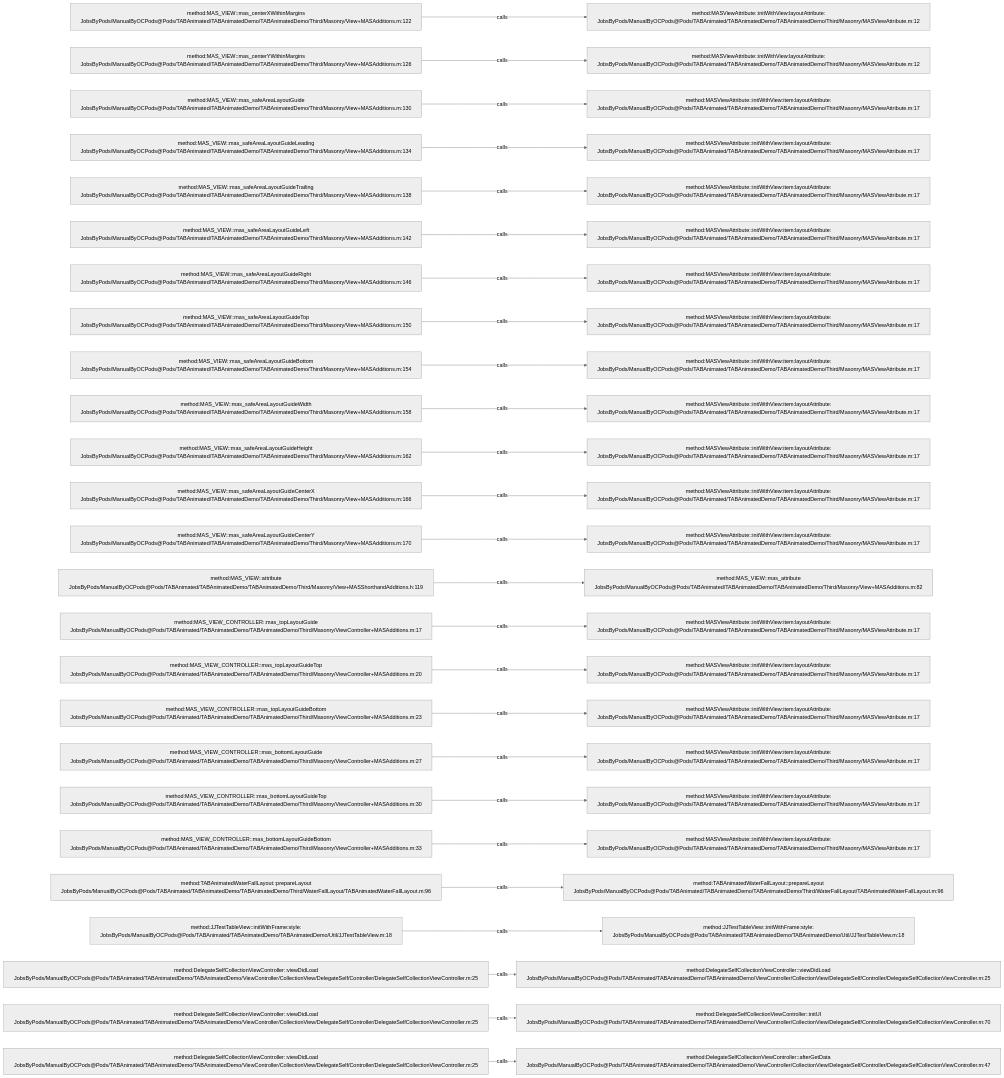
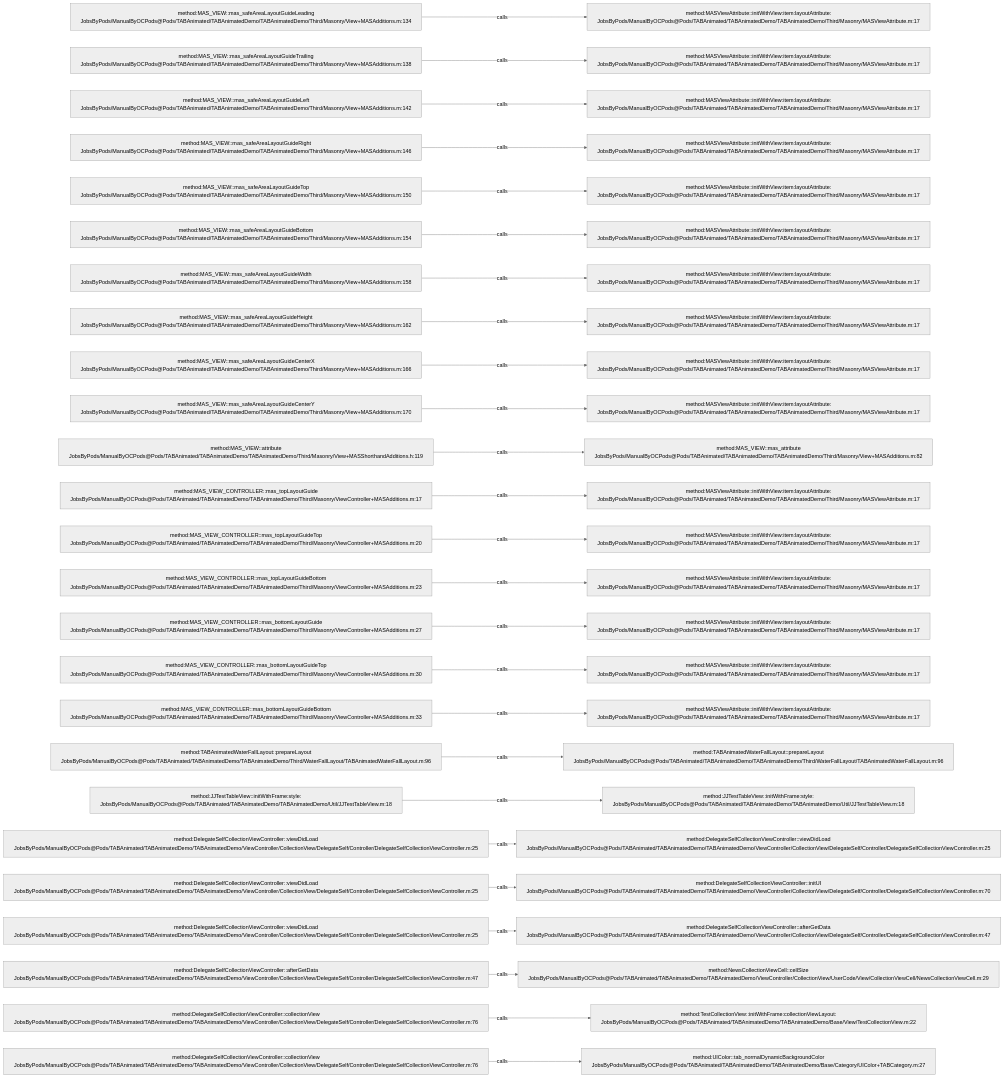
Before and after one commit to JobsKits/JobsOCBaseConfigDemo: the diagram in .codegraph/codegraph.md/graphs/calls-049.md, drawn with Mermaid (neutral theme). The commit also changed 342 other files, not shown here.

````diff
--- a/.codegraph/codegraph.md/graphs/calls-049.md
+++ b/.codegraph/codegraph.md/graphs/calls-049.md
@@ -13,78 +13,78 @@
 ```mermaid
 flowchart LR
-  S1["method:MAS_VIEW::mas_centerXWithinMargins<br/>JobsByPods/ManualByOCPods@Pods/TABAnimated/TABAnimatedDemo/TABAnimatedDemo/Third/Masonry/View+MASAdditions.m:122"]
-  T1["method:MASViewAttribute::initWithView:layoutAttribute:<br/>JobsByPods/ManualByOCPods@Pods/TABAnimated/TABAnimatedDemo/TABAnimatedDemo/Third/Masonry/MASViewAttribute.m:12"]
+  S1["method:MAS_VIEW::mas_safeAreaLayoutGuideLeading<br/>JobsByPods/ManualByOCPods@Pods/TABAnimated/TABAnimatedDemo/TABAnimatedDemo/Third/Masonry/View+MASAdditions.m:134"]
+  T1["method:MASViewAttribute::initWithView:item:layoutAttribute:<br/>JobsByPods/ManualByOCPods@Pods/TABAnimated/TABAnimatedDemo/TABAnimatedDemo/Third/Masonry/MASViewAttribute.m:17"]
   S1 -->|calls| T1
-  S2["method:MAS_VIEW::mas_centerYWithinMargins<br/>JobsByPods/ManualByOCPods@Pods/TABAnimated/TABAnimatedDemo/TABAnimatedDemo/Third/Masonry/View+MASAdditions.m:126"]
-  T2["method:MASViewAttribute::initWithView:layoutAttribute:<br/>JobsByPods/ManualByOCPods@Pods/TABAnimated/TABAnimatedDemo/TABAnimatedDemo/Third/Masonry/MASViewAttribute.m:12"]
+  S2["method:MAS_VIEW::mas_safeAreaLayoutGuideTrailing<br/>JobsByPods/ManualByOCPods@Pods/TABAnimated/TABAnimatedDemo/TABAnimatedDemo/Third/Masonry/View+MASAdditions.m:138"]
+  T2["method:MASViewAttribute::initWithView:item:layoutAttribute:<br/>JobsByPods/ManualByOCPods@Pods/TABAnimated/TABAnimatedDemo/TABAnimatedDemo/Third/Masonry/MASViewAttribute.m:17"]
   S2 -->|calls| T2
-  S3["method:MAS_VIEW::mas_safeAreaLayoutGuide<br/>JobsByPods/ManualByOCPods@Pods/TABAnimated/TABAnimatedDemo/TABAnimatedDemo/Third/Masonry/View+MASAdditions.m:130"]
+  S3["method:MAS_VIEW::mas_safeAreaLayoutGuideLeft<br/>JobsByPods/ManualByOCPods@Pods/TABAnimated/TABAnimatedDemo/TABAnimatedDemo/Third/Masonry/View+MASAdditions.m:142"]
   T3["method:MASViewAttribute::initWithView:item:layoutAttribute:<br/>JobsByPods/ManualByOCPods@Pods/TABAnimated/TABAnimatedDemo/TABAnimatedDemo/Third/Masonry/MASViewAttribute.m:17"]
   S3 -->|calls| T3
-  S4["method:MAS_VIEW::mas_safeAreaLayoutGuideLeading<br/>JobsByPods/ManualByOCPods@Pods/TABAnimated/TABAnimatedDemo/TABAnimatedDemo/Third/Masonry/View+MASAdditions.m:134"]
+  S4["method:MAS_VIEW::mas_safeAreaLayoutGuideRight<br/>JobsByPods/ManualByOCPods@Pods/TABAnimated/TABAnimatedDemo/TABAnimatedDemo/Third/Masonry/View+MASAdditions.m:146"]
   T4["method:MASViewAttribute::initWithView:item:layoutAttribute:<br/>JobsByPods/ManualByOCPods@Pods/TABAnimated/TABAnimatedDemo/TABAnimatedDemo/Third/Masonry/MASViewAttribute.m:17"]
   S4 -->|calls| T4
-  S5["method:MAS_VIEW::mas_safeAreaLayoutGuideTrailing<br/>JobsByPods/ManualByOCPods@Pods/TABAnimated/TABAnimatedDemo/TABAnimatedDemo/Third/Masonry/View+MASAdditions.m:138"]
+  S5["method:MAS_VIEW::mas_safeAreaLayoutGuideTop<br/>JobsByPods/ManualByOCPods@Pods/TABAnimated/TABAnimatedDemo/TABAnimatedDemo/Third/Masonry/View+MASAdditions.m:150"]
   T5["method:MASViewAttribute::initWithView:item:layoutAttribute:<br/>JobsByPods/ManualByOCPods@Pods/TABAnimated/TABAnimatedDemo/TABAnimatedDemo/Third/Masonry/MASViewAttribute.m:17"]
   S5 -->|calls| T5
-  S6["method:MAS_VIEW::mas_safeAreaLayoutGuideLeft<br/>JobsByPods/ManualByOCPods@Pods/TABAnimated/TABAnimatedDemo/TABAnimatedDemo/Third/Masonry/View+MASAdditions.m:142"]
+  S6["method:MAS_VIEW::mas_safeAreaLayoutGuideBottom<br/>JobsByPods/ManualByOCPods@Pods/TABAnimated/TABAnimatedDemo/TABAnimatedDemo/Third/Masonry/View+MASAdditions.m:154"]
   T6["method:MASViewAttribute::initWithView:item:layoutAttribute:<br/>JobsByPods/ManualByOCPods@Pods/TABAnimated/TABAnimatedDemo/TABAnimatedDemo/Third/Masonry/MASViewAttribute.m:17"]
   S6 -->|calls| T6
-  S7["method:MAS_VIEW::mas_safeAreaLayoutGuideRight<br/>JobsByPods/ManualByOCPods@Pods/TABAnimated/TABAnimatedDemo/TABAnimatedDemo/Third/Masonry/View+MASAdditions.m:146"]
+  S7["method:MAS_VIEW::mas_safeAreaLayoutGuideWidth<br/>JobsByPods/ManualByOCPods@Pods/TABAnimated/TABAnimatedDemo/TABAnimatedDemo/Third/Masonry/View+MASAdditions.m:158"]
   T7["method:MASViewAttribute::initWithView:item:layoutAttribute:<br/>JobsByPods/ManualByOCPods@Pods/TABAnimated/TABAnimatedDemo/TABAnimatedDemo/Third/Masonry/MASViewAttribute.m:17"]
   S7 -->|calls| T7
-  S8["method:MAS_VIEW::mas_safeAreaLayoutGuideTop<br/>JobsByPods/ManualByOCPods@Pods/TABAnimated/TABAnimatedDemo/TABAnimatedDemo/Third/Masonry/View+MASAdditions.m:150"]
+  S8["method:MAS_VIEW::mas_safeAreaLayoutGuideHeight<br/>JobsByPods/ManualByOCPods@Pods/TABAnimated/TABAnimatedDemo/TABAnimatedDemo/Third/Masonry/View+MASAdditions.m:162"]
   T8["method:MASViewAttribute::initWithView:item:layoutAttribute:<br/>JobsByPods/ManualByOCPods@Pods/TABAnimated/TABAnimatedDemo/TABAnimatedDemo/Third/Masonry/MASViewAttribute.m:17"]
   S8 -->|calls| T8
-  S9["method:MAS_VIEW::mas_safeAreaLayoutGuideBottom<br/>JobsByPods/ManualByOCPods@Pods/TABAnimated/TABAnimatedDemo/TABAnimatedDemo/Third/Masonry/View+MASAdditions.m:154"]
+  S9["method:MAS_VIEW::mas_safeAreaLayoutGuideCenterX<br/>JobsByPods/ManualByOCPods@Pods/TABAnimated/TABAnimatedDemo/TABAnimatedDemo/Third/Masonry/View+MASAdditions.m:166"]
   T9["method:MASViewAttribute::initWithView:item:layoutAttribute:<br/>JobsByPods/ManualByOCPods@Pods/TABAnimated/TABAnimatedDemo/TABAnimatedDemo/Third/Masonry/MASViewAttribute.m:17"]
   S9 -->|calls| T9
-  S10["method:MAS_VIEW::mas_safeAreaLayoutGuideWidth<br/>JobsByPods/ManualByOCPods@Pods/TABAnimated/TABAnimatedDemo/TABAnimatedDemo/Third/Masonry/View+MASAdditions.m:158"]
+  S10["method:MAS_VIEW::mas_safeAreaLayoutGuideCenterY<br/>JobsByPods/ManualByOCPods@Pods/TABAnimated/TABAnimatedDemo/TABAnimatedDemo/Third/Masonry/View+MASAdditions.m:170"]
   T10["method:MASViewAttribute::initWithView:item:layoutAttribute:<br/>JobsByPods/ManualByOCPods@Pods/TABAnimated/TABAnimatedDemo/TABAnimatedDemo/Third/Masonry/MASViewAttribute.m:17"]
   S10 -->|calls| T10
-  S11["method:MAS_VIEW::mas_safeAreaLayoutGuideHeight<br/>JobsByPods/ManualByOCPods@Pods/TABAnimated/TABAnimatedDemo/TABAnimatedDemo/Third/Masonry/View+MASAdditions.m:162"]
-  T11["method:MASViewAttribute::initWithView:item:layoutAttribute:<br/>JobsByPods/ManualByOCPods@Pods/TABAnimated/TABAnimatedDemo/TABAnimatedDemo/Third/Masonry/MASViewAttribute.m:17"]
+  S11["method:MAS_VIEW::attribute<br/>JobsByPods/ManualByOCPods@Pods/TABAnimated/TABAnimatedDemo/TABAnimatedDemo/Third/Masonry/View+MASShorthandAdditions.h:119"]
+  T11["method:MAS_VIEW::mas_attribute<br/>JobsByPods/ManualByOCPods@Pods/TABAnimated/TABAnimatedDemo/TABAnimatedDemo/Third/Masonry/View+MASAdditions.m:82"]
   S11 -->|calls| T11
-  S12["method:MAS_VIEW::mas_safeAreaLayoutGuideCenterX<br/>JobsByPods/ManualByOCPods@Pods/TABAnimated/TABAnimatedDemo/TABAnimatedDemo/Third/Masonry/View+MASAdditions.m:166"]
+  S12["method:MAS_VIEW_CONTROLLER::mas_topLayoutGuide<br/>JobsByPods/ManualByOCPods@Pods/TABAnimated/TABAnimatedDemo/TABAnimatedDemo/Third/Masonry/ViewController+MASAdditions.m:17"]
   T12["method:MASViewAttribute::initWithView:item:layoutAttribute:<br/>JobsByPods/ManualByOCPods@Pods/TABAnimated/TABAnimatedDemo/TABAnimatedDemo/Third/Masonry/MASViewAttribute.m:17"]
   S12 -->|calls| T12
-  S13["method:MAS_VIEW::mas_safeAreaLayoutGuideCenterY<br/>JobsByPods/ManualByOCPods@Pods/TABAnimated/TABAnimatedDemo/TABAnimatedDemo/Third/Masonry/View+MASAdditions.m:170"]
+  S13["method:MAS_VIEW_CONTROLLER::mas_topLayoutGuideTop<br/>JobsByPods/ManualByOCPods@Pods/TABAnimated/TABAnimatedDemo/TABAnimatedDemo/Third/Masonry/ViewController+MASAdditions.m:20"]
   T13["method:MASViewAttribute::initWithView:item:layoutAttribute:<br/>JobsByPods/ManualByOCPods@Pods/TABAnimated/TABAnimatedDemo/TABAnimatedDemo/Third/Masonry/MASViewAttribute.m:17"]
   S13 -->|calls| T13
-  S14["method:MAS_VIEW::attribute<br/>JobsByPods/ManualByOCPods@Pods/TABAnimated/TABAnimatedDemo/TABAnimatedDemo/Third/Masonry/View+MASShorthandAdditions.h:119"]
-  T14["method:MAS_VIEW::mas_attribute<br/>JobsByPods/ManualByOCPods@Pods/TABAnimated/TABAnimatedDemo/TABAnimatedDemo/Third/Masonry/View+MASAdditions.m:82"]
+  S14["method:MAS_VIEW_CONTROLLER::mas_topLayoutGuideBottom<br/>JobsByPods/ManualByOCPods@Pods/TABAnimated/TABAnimatedDemo/TABAnimatedDemo/Third/Masonry/ViewController+MASAdditions.m:23"]
+  T14["method:MASViewAttribute::initWithView:item:layoutAttribute:<br/>JobsByPods/ManualByOCPods@Pods/TABAnimated/TABAnimatedDemo/TABAnimatedDemo/Third/Masonry/MASViewAttribute.m:17"]
   S14 -->|calls| T14
-  S15["method:MAS_VIEW_CONTROLLER::mas_topLayoutGuide<br/>JobsByPods/ManualByOCPods@Pods/TABAnimated/TABAnimatedDemo/TABAnimatedDemo/Third/Masonry/ViewController+MASAdditions.m:17"]
+  S15["method:MAS_VIEW_CONTROLLER::mas_bottomLayoutGuide<br/>JobsByPods/ManualByOCPods@Pods/TABAnimated/TABAnimatedDemo/TABAnimatedDemo/Third/Masonry/ViewController+MASAdditions.m:27"]
   T15["method:MASViewAttribute::initWithView:item:layoutAttribute:<br/>JobsByPods/ManualByOCPods@Pods/TABAnimated/TABAnimatedDemo/TABAnimatedDemo/Third/Masonry/MASViewAttribute.m:17"]
   S15 -->|calls| T15
-  S16["method:MAS_VIEW_CONTROLLER::mas_topLayoutGuideTop<br/>JobsByPods/ManualByOCPods@Pods/TABAnimated/TABAnimatedDemo/TABAnimatedDemo/Third/Masonry/ViewController+MASAdditions.m:20"]
+  S16["method:MAS_VIEW_CONTROLLER::mas_bottomLayoutGuideTop<br/>JobsByPods/ManualByOCPods@Pods/TABAnimated/TABAnimatedDemo/TABAnimatedDemo/Third/Masonry/ViewController+MASAdditions.m:30"]
   T16["method:MASViewAttribute::initWithView:item:layoutAttribute:<br/>JobsByPods/ManualByOCPods@Pods/TABAnimated/TABAnimatedDemo/TABAnimatedDemo/Third/Masonry/MASViewAttribute.m:17"]
   S16 -->|calls| T16
-  S17["method:MAS_VIEW_CONTROLLER::mas_topLayoutGuideBottom<br/>JobsByPods/ManualByOCPods@Pods/TABAnimated/TABAnimatedDemo/TABAnimatedDemo/Third/Masonry/ViewController+MASAdditions.m:23"]
+  S17["method:MAS_VIEW_CONTROLLER::mas_bottomLayoutGuideBottom<br/>JobsByPods/ManualByOCPods@Pods/TABAnimated/TABAnimatedDemo/TABAnimatedDemo/Third/Masonry/ViewController+MASAdditions.m:33"]
   T17["method:MASViewAttribute::initWithView:item:layoutAttribute:<br/>JobsByPods/ManualByOCPods@Pods/TABAnimated/TABAnimatedDemo/TABAnimatedDemo/Third/Masonry/MASViewAttribute.m:17"]
   S17 -->|calls| T17
-  S18["method:MAS_VIEW_CONTROLLER::mas_bottomLayoutGuide<br/>JobsByPods/ManualByOCPods@Pods/TABAnimated/TABAnimatedDemo/TABAnimatedDemo/Third/Masonry/ViewController+MASAdditions.m:27"]
-  T18["method:MASViewAttribute::initWithView:item:layoutAttribute:<br/>JobsByPods/ManualByOCPods@Pods/TABAnimated/TABAnimatedDemo/TABAnimatedDemo/Third/Masonry/MASViewAttribute.m:17"]
+  S18["method:TABAnimatedWaterFallLayout::prepareLayout<br/>JobsByPods/ManualByOCPods@Pods/TABAnimated/TABAnimatedDemo/TABAnimatedDemo/Third/WaterFallLayout/TABAnimatedWaterFallLayout.m:96"]
+  T18["method:TABAnimatedWaterFallLayout::prepareLayout<br/>JobsByPods/ManualByOCPods@Pods/TABAnimated/TABAnimatedDemo/TABAnimatedDemo/Third/WaterFallLayout/TABAnimatedWaterFallLayout.m:96"]
   S18 -->|calls| T18
-  S19["method:MAS_VIEW_CONTROLLER::mas_bottomLayoutGuideTop<br/>JobsByPods/ManualByOCPods@Pods/TABAnimated/TABAnimatedDemo/TABAnimatedDemo/Third/Masonry/ViewController+MASAdditions.m:30"]
-  T19["method:MASViewAttribute::initWithView:item:layoutAttribute:<br/>JobsByPods/ManualByOCPods@Pods/TABAnimated/TABAnimatedDemo/TABAnimatedDemo/Third/Masonry/MASViewAttribute.m:17"]
+  S19["method:JJTestTableView::initWithFrame:style:<br/>JobsByPods/ManualByOCPods@Pods/TABAnimated/TABAnimatedDemo/TABAnimatedDemo/Util/JJTestTableView.m:18"]
+  T19["method:JJTestTableView::initWithFrame:style:<br/>JobsByPods/ManualByOCPods@Pods/TABAnimated/TABAnimatedDemo/TABAnimatedDemo/Util/JJTestTableView.m:18"]
   S19 -->|calls| T19
-  S20["method:MAS_VIEW_CONTROLLER::mas_bottomLayoutGuideBottom<br/>JobsByPods/ManualByOCPods@Pods/TABAnimated/TABAnimatedDemo/TABAnimatedDemo/Third/Masonry/ViewController+MASAdditions.m:33"]
-  T20["method:MASViewAttribute::initWithView:item:layoutAttribute:<br/>JobsByPods/ManualByOCPods@Pods/TABAnimated/TABAnimatedDemo/TABAnimatedDemo/Third/Masonry/MASViewAttribute.m:17"]
+  S20["method:DelegateSelfCollectionViewController::viewDidLoad<br/>JobsByPods/ManualByOCPods@Pods/TABAnimated/TABAnimatedDemo/TABAnimatedDemo/ViewController/CollectionView/DelegateSelf/Controller/DelegateSelfCollectionViewController.m:25"]
+  T20["method:DelegateSelfCollectionViewController::viewDidLoad<br/>JobsByPods/ManualByOCPods@Pods/TABAnimated/TABAnimatedDemo/TABAnimatedDemo/ViewController/CollectionView/DelegateSelf/Controller/DelegateSelfCollectionViewController.m:25"]
   S20 -->|calls| T20
-  S21["method:TABAnimatedWaterFallLayout::prepareLayout<br/>JobsByPods/ManualByOCPods@Pods/TABAnimated/TABAnimatedDemo/TABAnimatedDemo/Third/WaterFallLayout/TABAnimatedWaterFallLayout.m:96"]
-  T21["method:TABAnimatedWaterFallLayout::prepareLayout<br/>JobsByPods/ManualByOCPods@Pods/TABAnimated/TABAnimatedDemo/TABAnimatedDemo/Third/WaterFallLayout/TABAnimatedWaterFallLayout.m:96"]
+  S21["method:DelegateSelfCollectionViewController::viewDidLoad<br/>JobsByPods/ManualByOCPods@Pods/TABAnimated/TABAnimatedDemo/TABAnimatedDemo/ViewController/CollectionView/DelegateSelf/Controller/DelegateSelfCollectionViewController.m:25"]
+  T21["method:DelegateSelfCollectionViewController::initUI<br/>JobsByPods/ManualByOCPods@Pods/TABAnimated/TABAnimatedDemo/TABAnimatedDemo/ViewController/CollectionView/DelegateSelf/Controller/DelegateSelfCollectionViewController.m:70"]
   S21 -->|calls| T21
-  S22["method:JJTestTableView::initWithFrame:style:<br/>JobsByPods/ManualByOCPods@Pods/TABAnimated/TABAnimatedDemo/TABAnimatedDemo/Util/JJTestTableView.m:18"]
-  T22["method:JJTestTableView::initWithFrame:style:<br/>JobsByPods/ManualByOCPods@Pods/TABAnimated/TABAnimatedDemo/TABAnimatedDemo/Util/JJTestTableView.m:18"]
+  S22["method:DelegateSelfCollectionViewController::viewDidLoad<br/>JobsByPods/ManualByOCPods@Pods/TABAnimated/TABAnimatedDemo/TABAnimatedDemo/ViewController/CollectionView/DelegateSelf/Controller/DelegateSelfCollectionViewController.m:25"]
+  T22["method:DelegateSelfCollectionViewController::afterGetData<br/>JobsByPods/ManualByOCPods@Pods/TABAnimated/TABAnimatedDemo/TABAnimatedDemo/ViewController/CollectionView/DelegateSelf/Controller/DelegateSelfCollectionViewController.m:47"]
   S22 -->|calls| T22
-  S23["method:DelegateSelfCollectionViewController::viewDidLoad<br/>JobsByPods/ManualByOCPods@Pods/TABAnimated/TABAnimatedDemo/TABAnimatedDemo/ViewController/CollectionView/DelegateSelf/Controller/DelegateSelfCollectionViewController.m:25"]
-  T23["method:DelegateSelfCollectionViewController::viewDidLoad<br/>JobsByPods/ManualByOCPods@Pods/TABAnimated/TABAnimatedDemo/TABAnimatedDemo/ViewController/CollectionView/DelegateSelf/Controller/DelegateSelfCollectionViewController.m:25"]
+  S23["method:DelegateSelfCollectionViewController::afterGetData<br/>JobsByPods/ManualByOCPods@Pods/TABAnimated/TABAnimatedDemo/TABAnimatedDemo/ViewController/CollectionView/DelegateSelf/Controller/DelegateSelfCollectionViewController.m:47"]
+  T23["method:NewsCollectionViewCell::cellSize<br/>JobsByPods/ManualByOCPods@Pods/TABAnimated/TABAnimatedDemo/TABAnimatedDemo/ViewController/CollectionView/UserCode/View/CollectionViewCell/NewsCollectionViewCell.m:29"]
   S23 -->|calls| T23
-  S24["method:DelegateSelfCollectionViewController::viewDidLoad<br/>JobsByPods/ManualByOCPods@Pods/TABAnimated/TABAnimatedDemo/TABAnimatedDemo/ViewController/CollectionView/DelegateSelf/Controller/DelegateSelfCollectionViewController.m:25"]
-  T24["method:DelegateSelfCollectionViewController::initUI<br/>JobsByPods/ManualByOCPods@Pods/TABAnimated/TABAnimatedDemo/TABAnimatedDemo/ViewController/CollectionView/DelegateSelf/Controller/DelegateSelfCollectionViewController.m:70"]
+  S24["method:DelegateSelfCollectionViewController::collectionView<br/>JobsByPods/ManualByOCPods@Pods/TABAnimated/TABAnimatedDemo/TABAnimatedDemo/ViewController/CollectionView/DelegateSelf/Controller/DelegateSelfCollectionViewController.m:76"]
+  T24["method:TestCollectionView::initWithFrame:collectionViewLayout:<br/>JobsByPods/ManualByOCPods@Pods/TABAnimated/TABAnimatedDemo/TABAnimatedDemo/Base/View/TestCollectionView.m:22"]
   S24 -->|calls| T24
-  S25["method:DelegateSelfCollectionViewController::viewDidLoad<br/>JobsByPods/ManualByOCPods@Pods/TABAnimated/TABAnimatedDemo/TABAnimatedDemo/ViewController/CollectionView/DelegateSelf/Controller/DelegateSelfCollectionViewController.m:25"]
-  T25["method:DelegateSelfCollectionViewController::afterGetData<br/>JobsByPods/ManualByOCPods@Pods/TABAnimated/TABAnimatedDemo/TABAnimatedDemo/ViewController/CollectionView/DelegateSelf/Controller/DelegateSelfCollectionViewController.m:47"]
+  S25["method:DelegateSelfCollectionViewController::collectionView<br/>JobsByPods/ManualByOCPods@Pods/TABAnimated/TABAnimatedDemo/TABAnimatedDemo/ViewController/CollectionView/DelegateSelf/Controller/DelegateSelfCollectionViewController.m:76"]
+  T25["method:UIColor::tab_normalDynamicBackgroundColor<br/>JobsByPods/ManualByOCPods@Pods/TABAnimated/TABAnimatedDemo/TABAnimatedDemo/Base/Category/UIColor+TABCategory.m:27"]
   S25 -->|calls| T25
 ```
````
